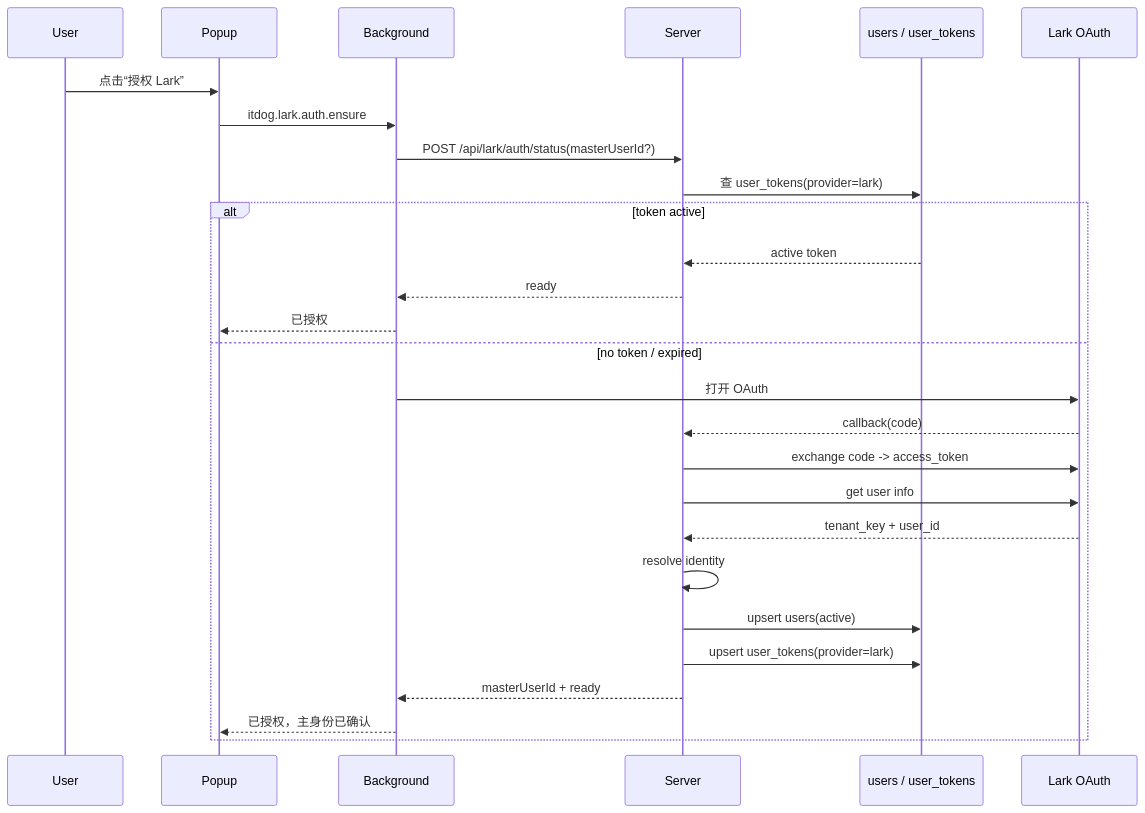
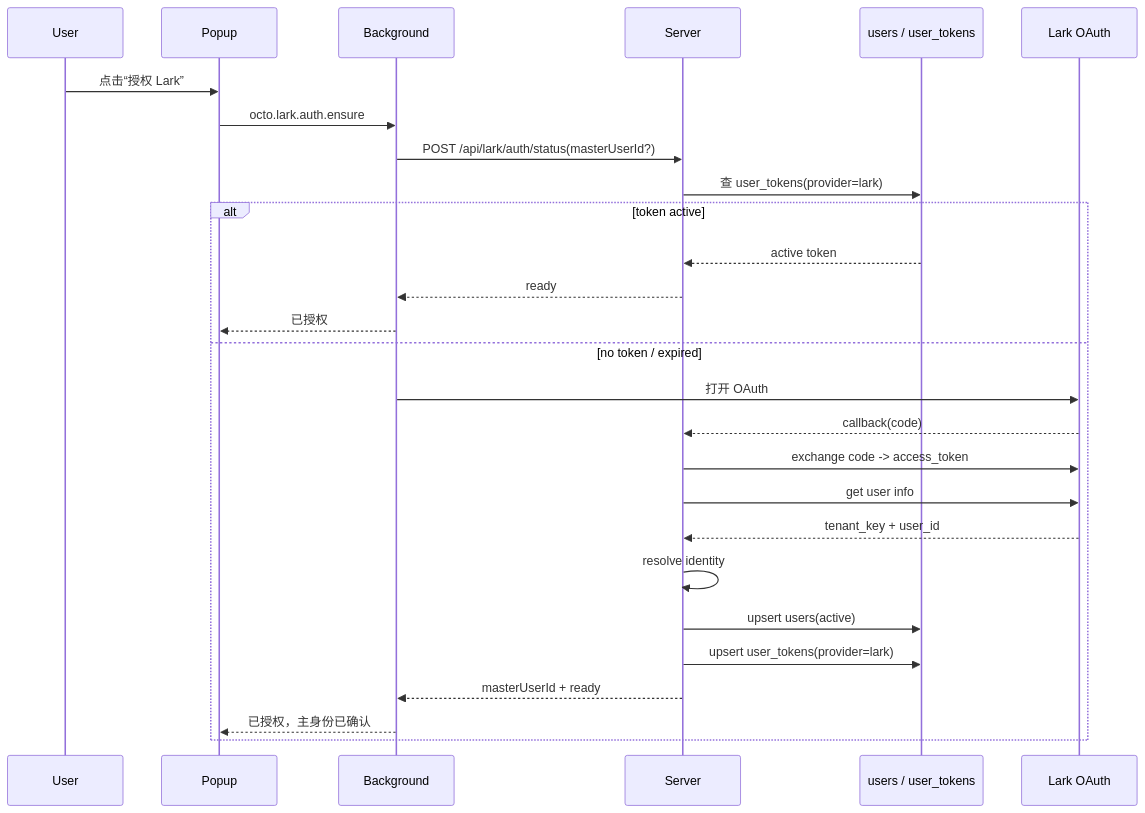
Before and after one commit to TenwaysCom/octo: the third of 5 diagrams in docs/tenways-octo/18-user-identity-design.md, drawn with Mermaid. The commit also changed other lines of this file and 181 other files, not shown here.

````diff
--- a/docs/tenways-octo/18-user-identity-design.md
+++ b/docs/tenways-octo/18-user-identity-design.md
@@ -455,30 +455,30 @@
 ```mermaid
 sequenceDiagram
     participant U as User
     participant P as Popup
     participant B as Background
     participant S as Server
     participant DB as users / user_tokens
     participant L as Lark OAuth
 
     U->>P: 点击“授权 Lark”
-    P->>B: itdog.lark.auth.ensure
+    P->>B: octo.lark.auth.ensure
     B->>S: POST /api/lark/auth/status(masterUserId?)
     S->>DB: 查 user_tokens(provider=lark)
     alt token active
         DB-->>S: active token
         S-->>B: ready
         B-->>P: 已授权
     else no token / expired
         B->>L: 打开 OAuth
         L-->>S: callback(code)
         S->>L: exchange code -> access_token
         S->>L: get user info
         L-->>S: tenant_key + user_id
         S->>S: resolve identity
         S->>DB: upsert users(active)
         S->>DB: upsert user_tokens(provider=lark)
         S-->>B: masterUserId + ready
         B-->>P: 已授权，主身份已确认
     end
 ```
````
